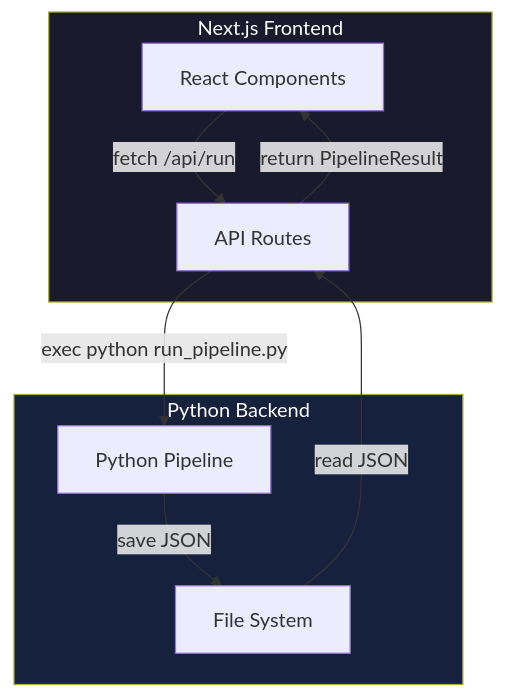
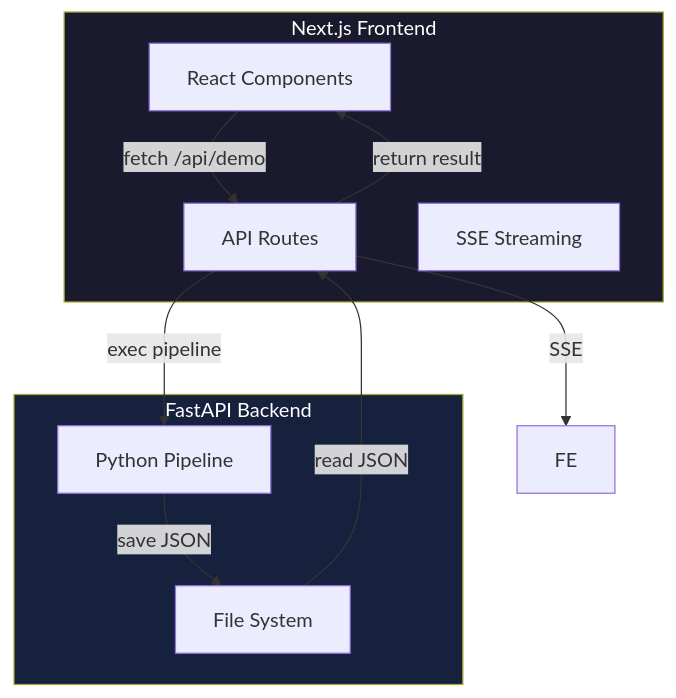
One commit to AngelP17/Astraea changed diagram 21 of 21 in architecture.md. Above: the diagram before and after it, drawn with Mermaid. The commit also changed other lines of this file and 111 other files, not shown here.

````diff
--- a/architecture.md
+++ b/architecture.md
@@ -515,21 +723,23 @@
 ```mermaid
 flowchart TB
     subgraph FRONTEND["Next.js Frontend"]
         UI[React Components]
         API[API Routes]
+        SSE[SSE Streaming]
     end
 
-    subgraph BACKEND["Python Backend"]
+    subgraph BACKEND["FastAPI Backend"]
         PL[Python Pipeline]
         FS[File System]
     end
 
-    UI -->|fetch /api/run| API
-    API -->|exec python run_pipeline.py| PL
+    UI -->|fetch /api/demo| API
+    API -->|SSE| FE
+    API -->|exec pipeline| PL
     PL -->|save JSON| FS
     FS -->|read JSON| API
-    API -->|return PipelineResult| UI
+    API -->|return result| UI
 
     style FRONTEND fill:#1a1a2e,color:#fff
     style BACKEND fill:#16213e,color:#fff
 ```
````
